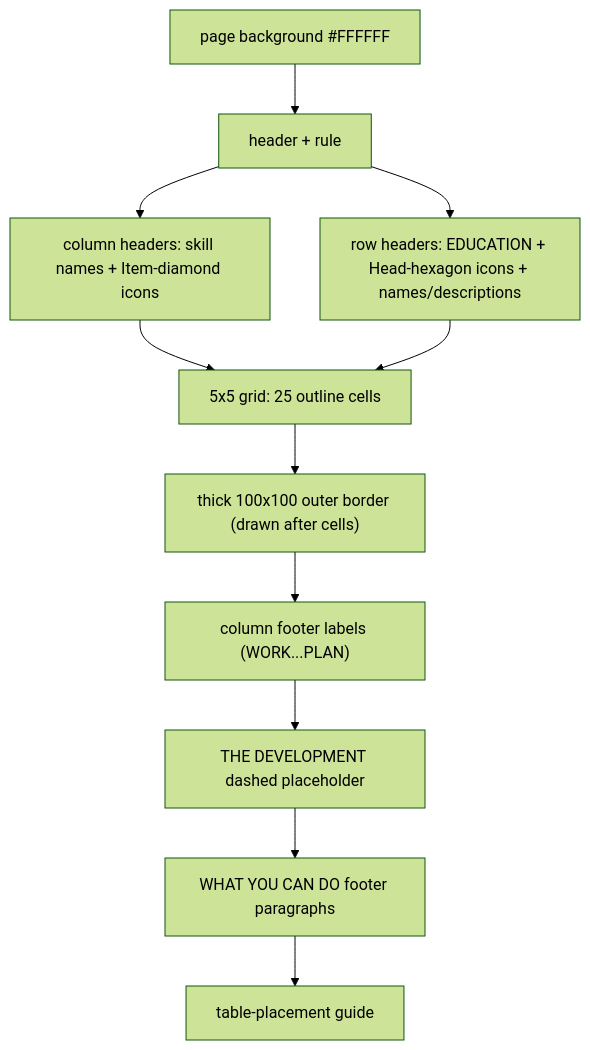
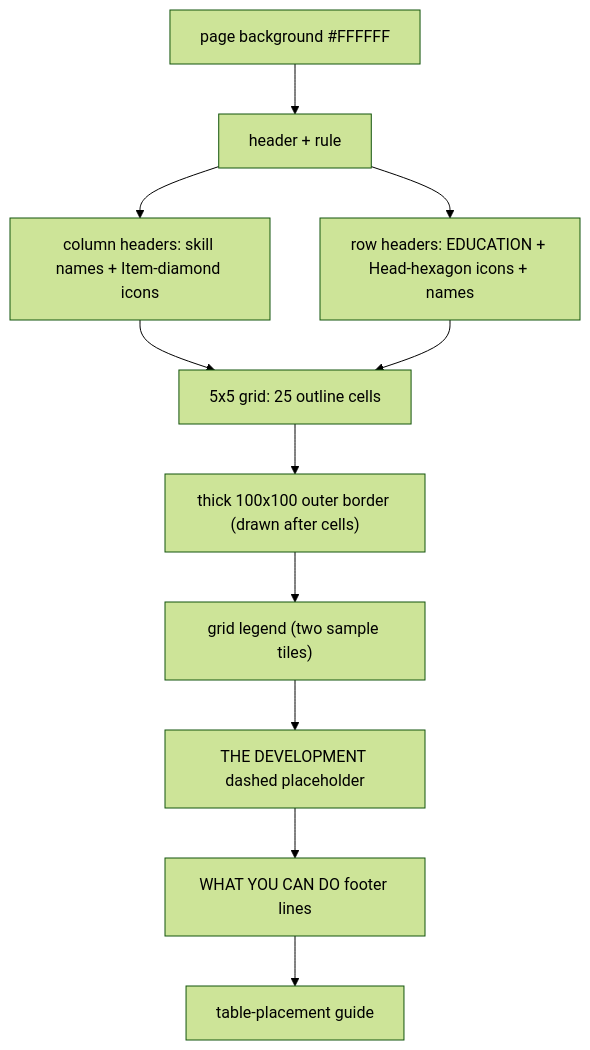
Before and after one commit to Hegerstrand/seven-weeks: the eighth of 11 diagrams in components/specs/boards.md, drawn with Mermaid (forest theme). The commit also changed other lines of this file and 17 other files, not shown here.

Commit message:
Zone tracked twice (SPECIMEN grid + two-sided Zone tiles), seven-step week, person board changes, how-to-play PDF source

````diff
--- a/components/specs/boards.md
+++ b/components/specs/boards.md
@@ -615,13 +634,13 @@
 ```mermaid
 graph TD
   A["page background #FFFFFF"] --> B["header + rule"]
   B --> C["column headers: skill names + Item-diamond icons"]
-  B --> D["row headers: EDUCATION + Head-hexagon icons + names/descriptions"]
+  B --> D["row headers: EDUCATION + Head-hexagon icons + names"]
   C --> E["5x5 grid: 25 outline cells"]
   D --> E
   E --> F["thick 100x100 outer border (drawn after cells)"]
-  F --> G["column footer labels (WORK...PLAN)"]
+  F --> G["grid legend (two sample tiles)"]
   G --> H["THE DEVELOPMENT dashed placeholder"]
-  H --> I["WHAT YOU CAN DO footer paragraphs"]
+  H --> I["WHAT YOU CAN DO footer lines"]
   I --> J["table-placement guide"]
 ```
````
